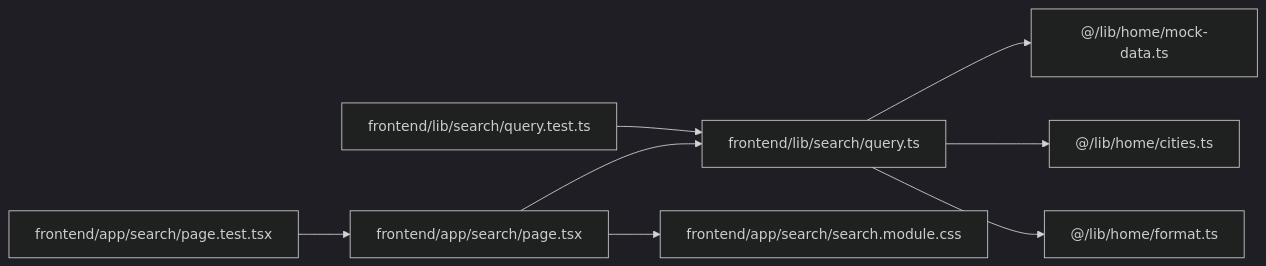
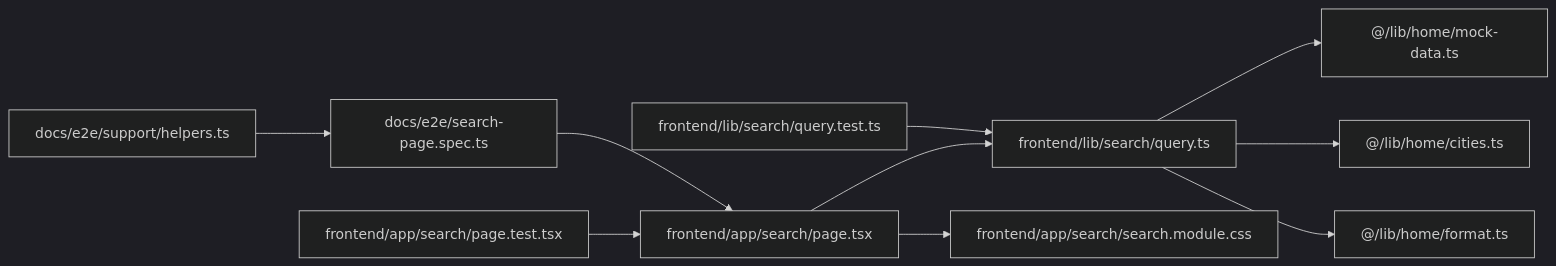
One commit to luyitiger6/my-first-project changed the eighth of 8 diagrams in .qoder/repowiki/zh/content/规格驱动开发/WanderChain 首页规格文档/WanderChain 搜索页面规格.md. Above: the diagram before and after it, drawn with Mermaid (dark theme). The commit also changed other lines of this file and 42 other files, not shown here.

````diff
--- a/.qoder/repowiki/zh/content/规格驱动开发/WanderChain 首页规格文档/WanderChain 搜索页面规格.md
+++ b/.qoder/repowiki/zh/content/规格驱动开发/WanderChain 首页规格文档/WanderChain 搜索页面规格.md
@@ -313,10 +366,12 @@
 ```mermaid
 graph LR
 Page["frontend/app/search/page.tsx"] --> Query["frontend/lib/search/query.ts"]
 Query --> MockData["@/lib/home/mock-data.ts"]
 Query --> Cities["@/lib/home/cities.ts"]
 Query --> Format["@/lib/home/format.ts"]
 Page --> Styles["frontend/app/search/search.module.css"]
 PageTest["frontend/app/search/page.test.tsx"] --> Page
 QueryTest["frontend/lib/search/query.test.ts"] --> Query
+E2ETest["docs/e2e/search-page.spec.ts"] --> Page
+Helpers["docs/e2e/support/helpers.ts"] --> E2ETest
 ```
````
